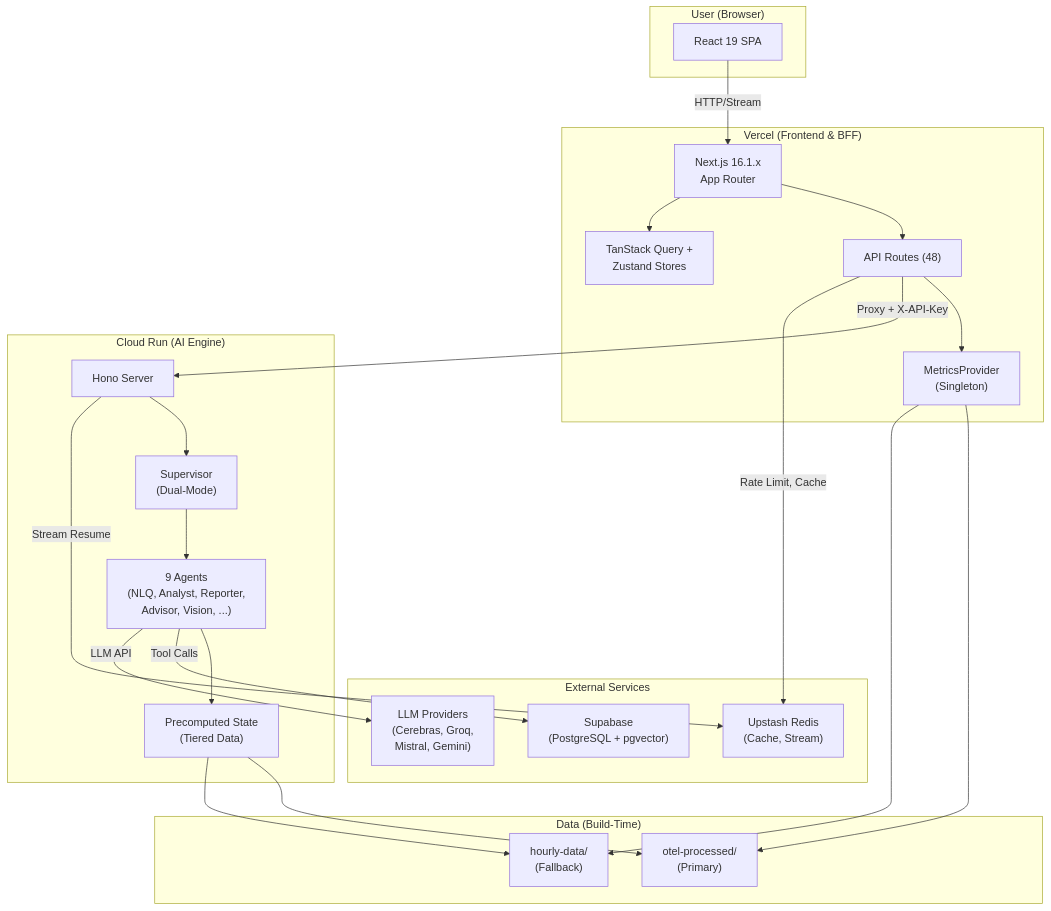
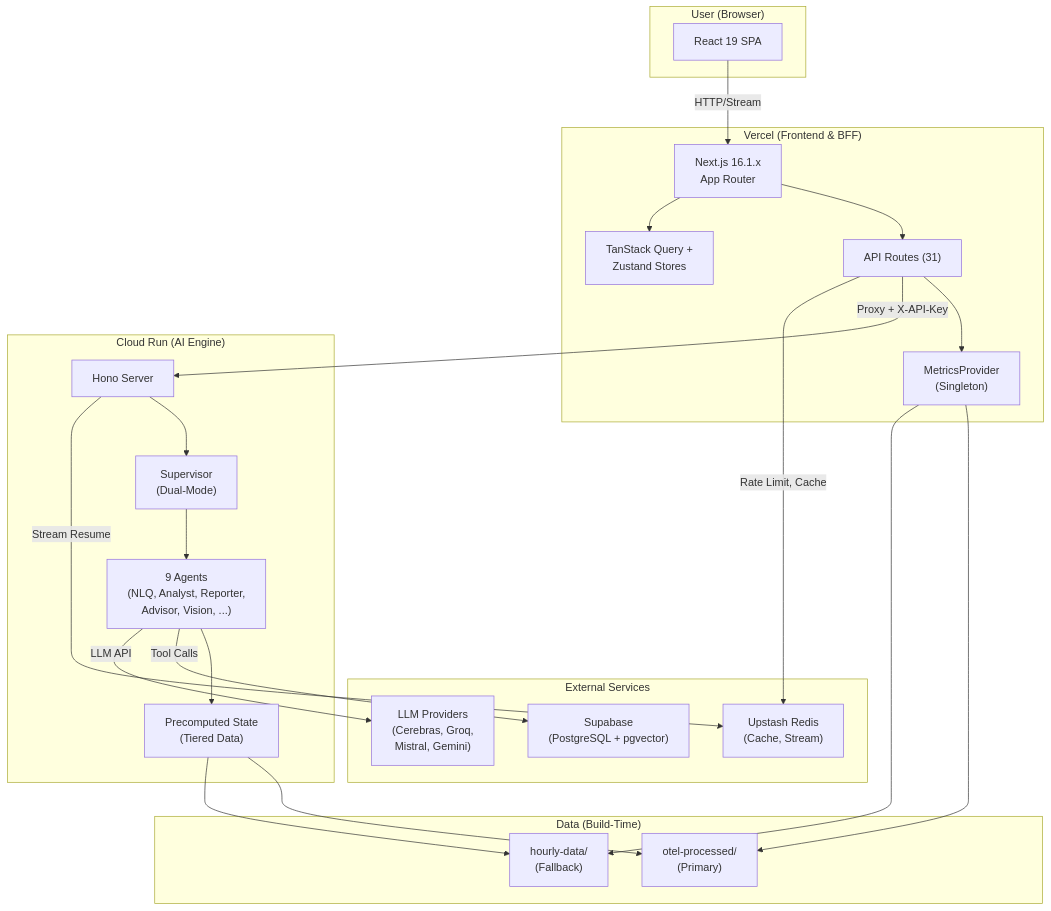
The diagram in docs/reference/architecture/system/system-architecture-current.md (skyasu2/openmanager-ai), drawn with Mermaid before and after one commit. The commit also changed other lines of this file and 167 other files, not shown here.

````diff
--- a/docs/reference/architecture/system/system-architecture-current.md
+++ b/docs/reference/architecture/system/system-architecture-current.md
@@ -34,48 +34,48 @@
 ```mermaid
 graph TB
     subgraph User["User (Browser)"]
         UI[React 19 SPA]
     end
 
     subgraph Vercel["Vercel (Frontend & BFF)"]
         NextJS["Next.js 16.1.x<br/>App Router"]
-        API["API Routes (48)"]
+        API["API Routes (31)"]
         MP["MetricsProvider<br/>(Singleton)"]
         Providers["TanStack Query +<br/>Zustand Stores"]
     end
 
     subgraph CloudRun["Cloud Run (AI Engine)"]
         Hono["Hono Server"]
         Supervisor["Supervisor<br/>(Dual-Mode)"]
         Agents["9 Agents<br/>(NLQ, Analyst, Reporter,<br/>Advisor, Vision, ...)"]
         PreComp["Precomputed State<br/>(Tiered Data)"]
     end
 
     subgraph External["External Services"]
         Supabase["Supabase<br/>(PostgreSQL + pgvector)"]
         Redis["Upstash Redis<br/>(Cache, Stream)"]
         LLM["LLM Providers<br/>(Cerebras, Groq,<br/>Mistral, Gemini)"]
     end
 
     subgraph Data["Data (Build-Time)"]
         OTel["otel-processed/<br/>(Primary)"]
         Hourly["hourly-data/<br/>(Fallback)"]
     end
 
     UI -->|HTTP/Stream| NextJS
     NextJS --> API
     API --> MP
     MP --> OTel
     MP --> Hourly
     API -->|Proxy + X-API-Key| Hono
     Hono --> Supervisor
     Supervisor --> Agents
     Agents --> PreComp
     PreComp --> OTel
     PreComp --> Hourly
     Agents -->|Tool Calls| Supabase
     Agents -->|LLM API| LLM
     API -->|Rate Limit, Cache| Redis
     Hono -->|Stream Resume| Redis
     NextJS --> Providers
 ```
````
